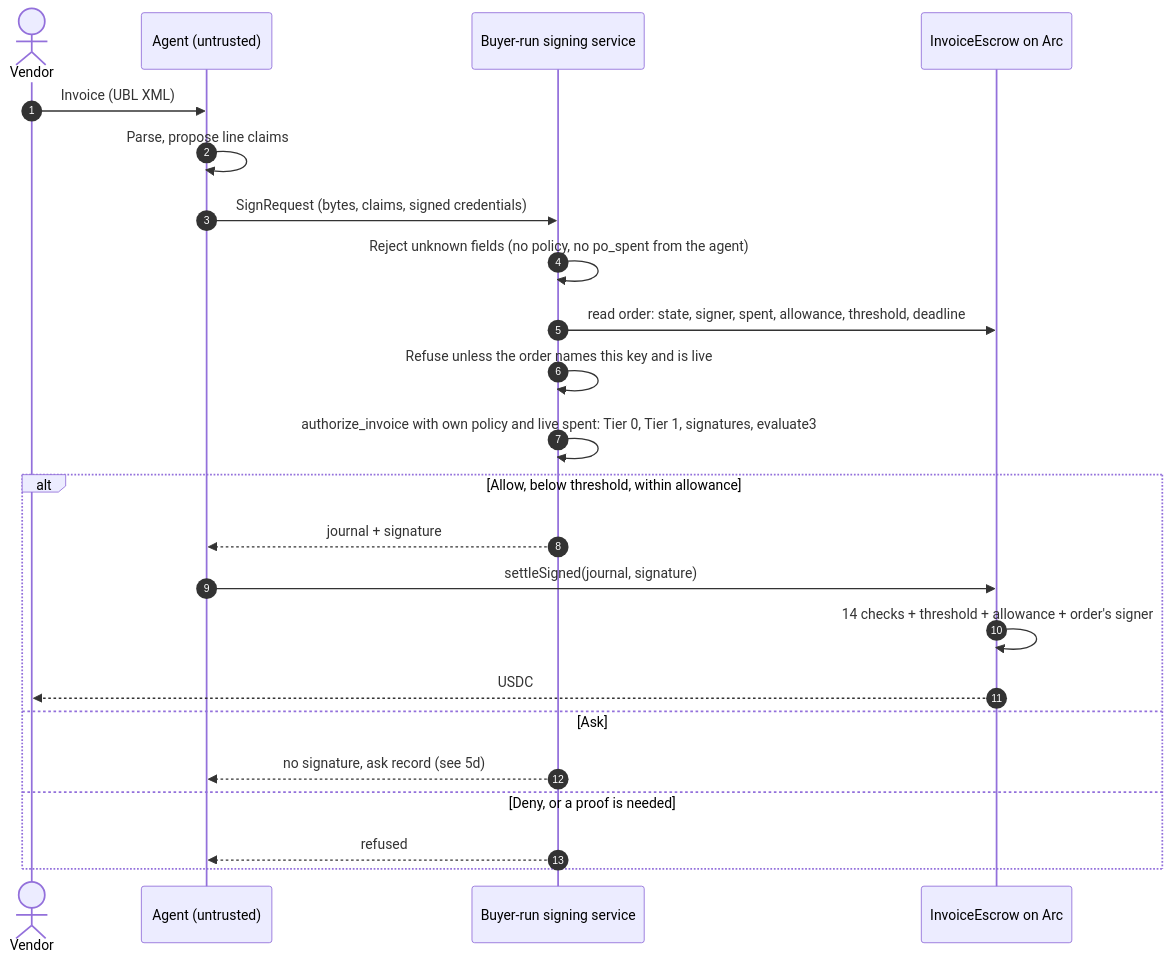
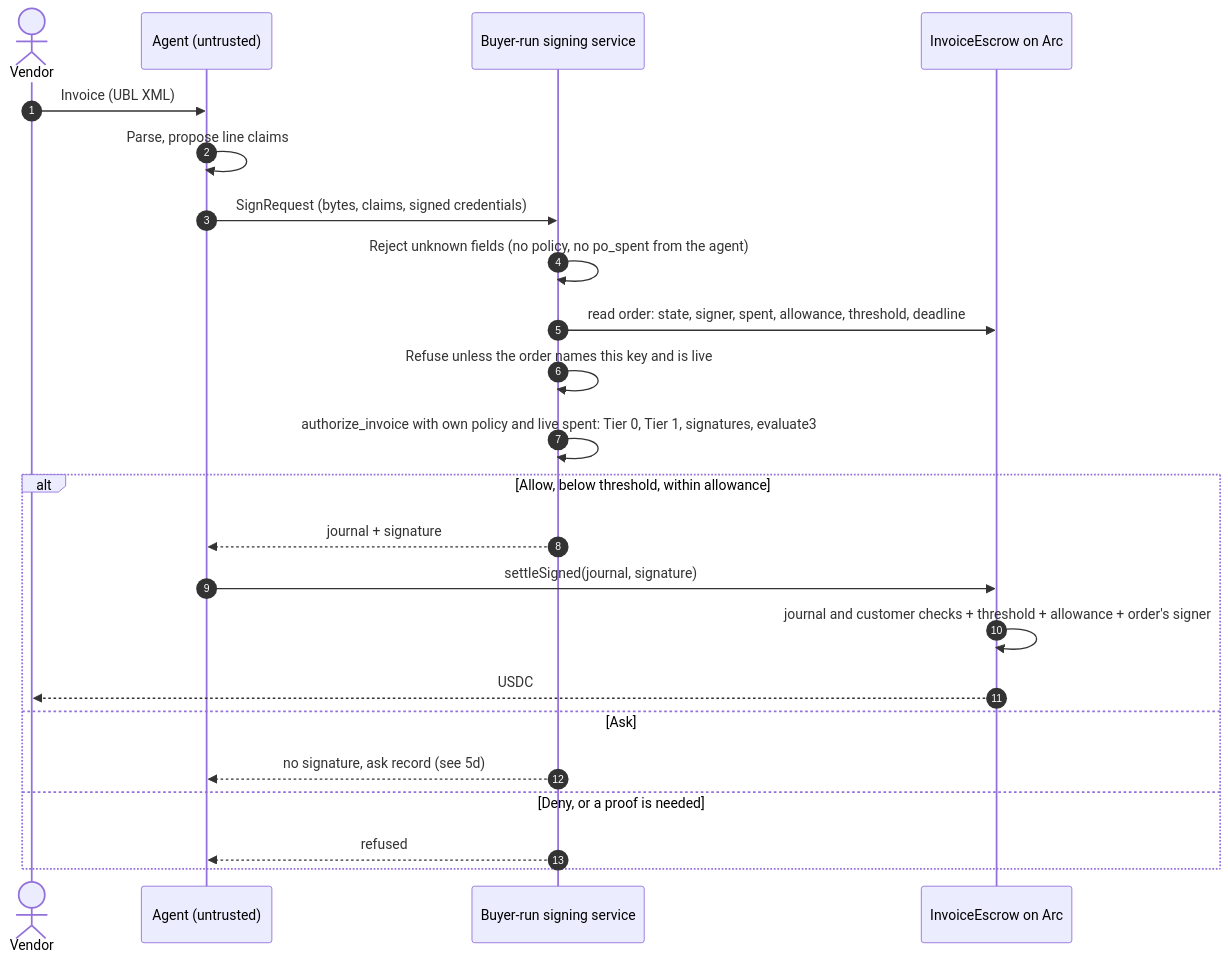
The third of 6 diagrams in case.md (mnemonik-xyz/warrant), drawn with Mermaid before and after one commit. The commit also changed other lines of this file and 7 other files, not shown here.

````diff
--- a/case.md
+++ b/case.md
@@ -75,25 +83,25 @@
 ```mermaid
 sequenceDiagram
     autonumber
     actor Vendor
     participant Agent as Agent (untrusted)
     participant Signer as Buyer-run signing service
     participant Chain as InvoiceEscrow on Arc
     Vendor->>Agent: Invoice (UBL XML)
     Agent->>Agent: Parse, propose line claims
     Agent->>Signer: SignRequest (bytes, claims, signed credentials)
     Signer->>Signer: Reject unknown fields (no policy, no po_spent from the agent)
     Signer->>Chain: read order: state, signer, spent, allowance, threshold, deadline
     Signer->>Signer: Refuse unless the order names this key and is live
     Signer->>Signer: authorize_invoice with own policy and live spent: Tier 0, Tier 1, signatures, evaluate3
     alt Allow, below threshold, within allowance
         Signer-->>Agent: journal + signature
         Agent->>Chain: settleSigned(journal, signature)
-        Chain->>Chain: 14 checks + threshold + allowance + order's signer
+        Chain->>Chain: journal and customer checks + threshold + allowance + order's signer
         Chain-->>Vendor: USDC
     else Ask
         Signer-->>Agent: no signature, ask record (see 5d)
     else Deny, or a proof is needed
         Signer-->>Agent: refused
     end
 ```
````
